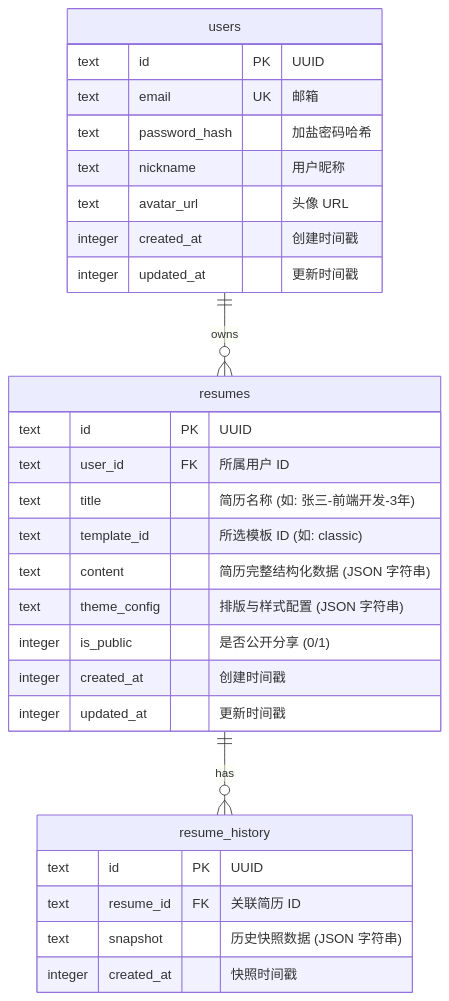
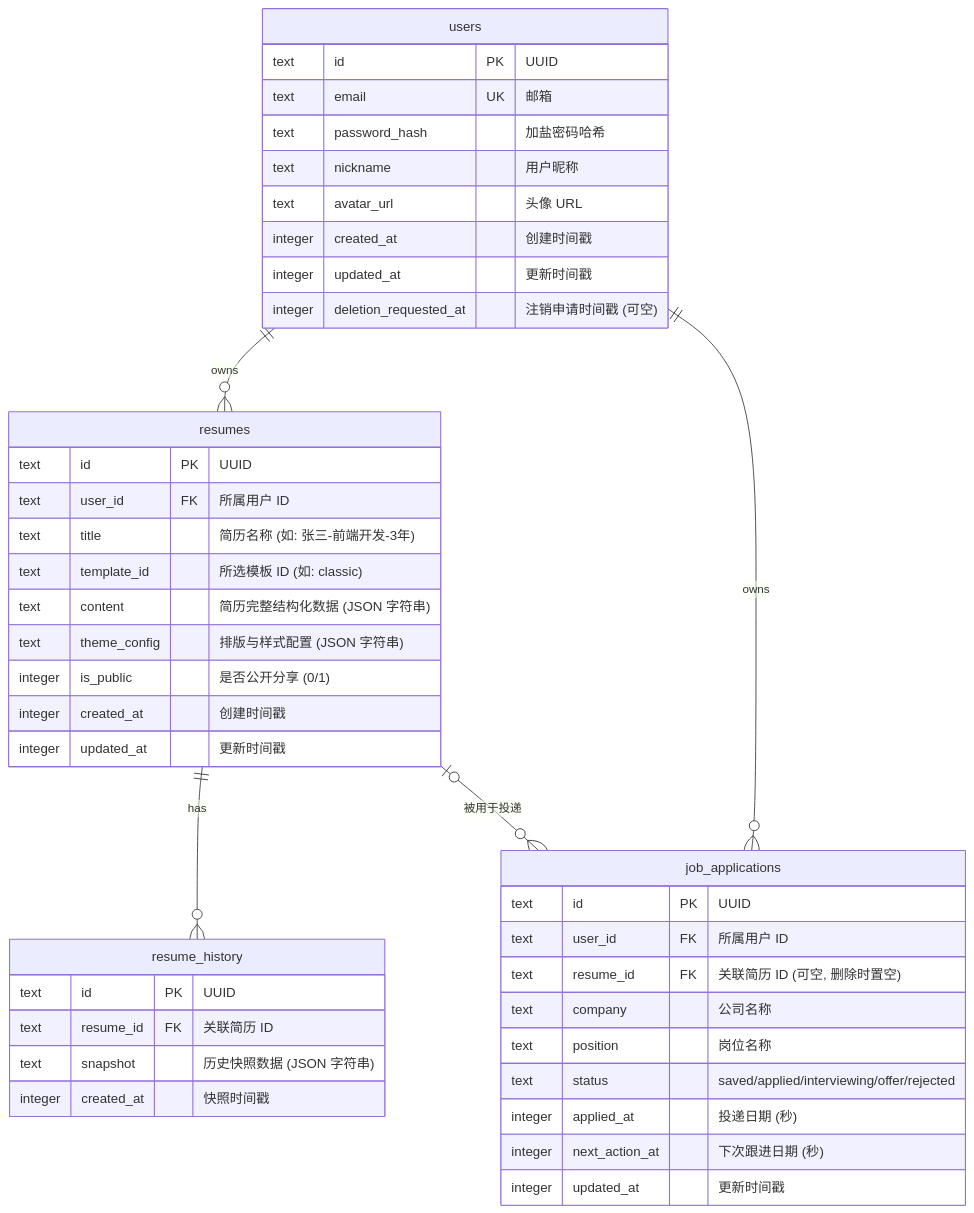
The third of 3 diagrams in docs/产品需求文档.md (felix-zoe/open-resume), drawn with Mermaid before and after one commit. The commit also changed other lines of this file and 5 other files, not shown here.

````diff
--- a/docs/产品需求文档.md
+++ b/docs/产品需求文档.md
@@ -256,34 +434,50 @@
 ```mermaid
 erDiagram
     users ||--o{ resumes : owns
     resumes ||--o{ resume_history : has
 
     users {
         text id PK "UUID"
         text email UK "邮箱"
         text password_hash "加盐密码哈希"
         text nickname "用户昵称"
         text avatar_url "头像 URL"
         integer created_at "创建时间戳"
         integer updated_at "更新时间戳"
+        integer deletion_requested_at "注销申请时间戳 (可空)"
     }
 
     resumes {
         text id PK "UUID"
         text user_id FK "所属用户 ID"
         text title "简历名称 (如: 张三-前端开发-3年)"
         text template_id "所选模板 ID (如: classic)"
         text content "简历完整结构化数据 (JSON 字符串)"
         text theme_config "排版与样式配置 (JSON 字符串)"
         integer is_public "是否公开分享 (0/1)"
         integer created_at "创建时间戳"
         integer updated_at "更新时间戳"
     }
 
     resume_history {
         text id PK "UUID"
         text resume_id FK "关联简历 ID"
         text snapshot "历史快照数据 (JSON 字符串)"
         integer created_at "快照时间戳"
     }
+
+    users ||--o{ job_applications : owns
+    resumes |o--o{ job_applications : "被用于投递"
+
+    job_applications {
+        text id PK "UUID"
+        text user_id FK "所属用户 ID"
+        text resume_id FK "关联简历 ID (可空, 删除时置空)"
+        text company "公司名称"
+        text position "岗位名称"
+        text status "saved/applied/interviewing/offer/rejected"
+        integer applied_at "投递日期 (秒)"
+        integer next_action_at "下次跟进日期 (秒)"
+        integer updated_at "更新时间戳"
+    }
 ```
````
